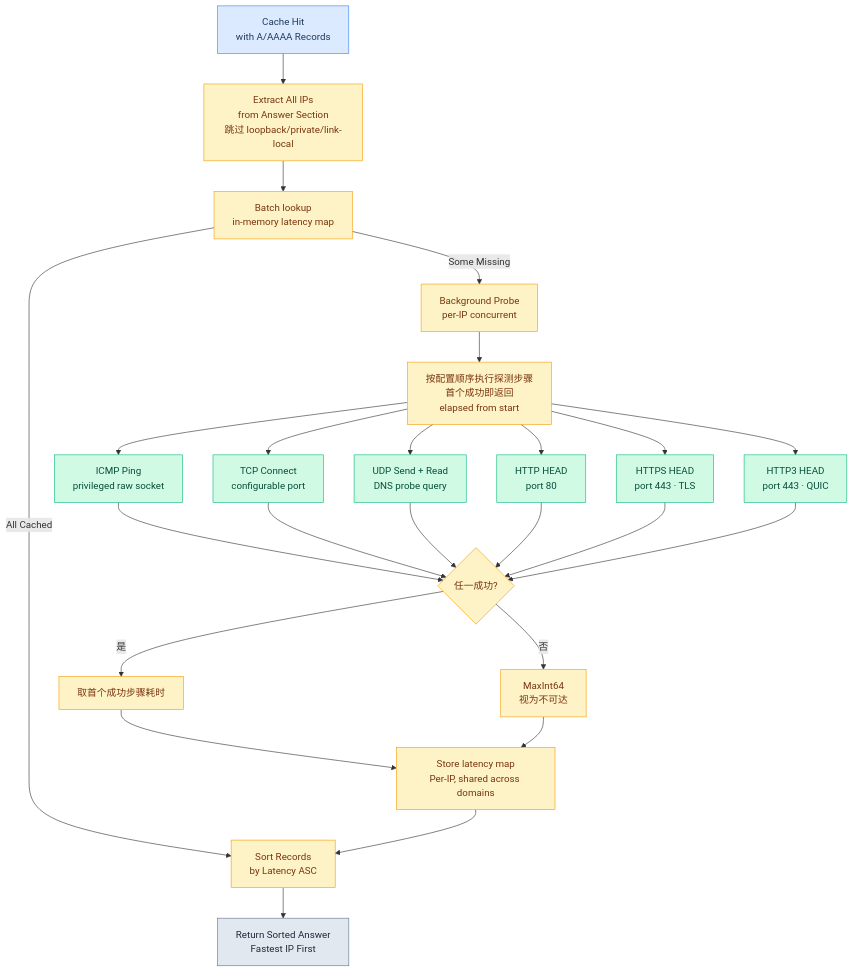
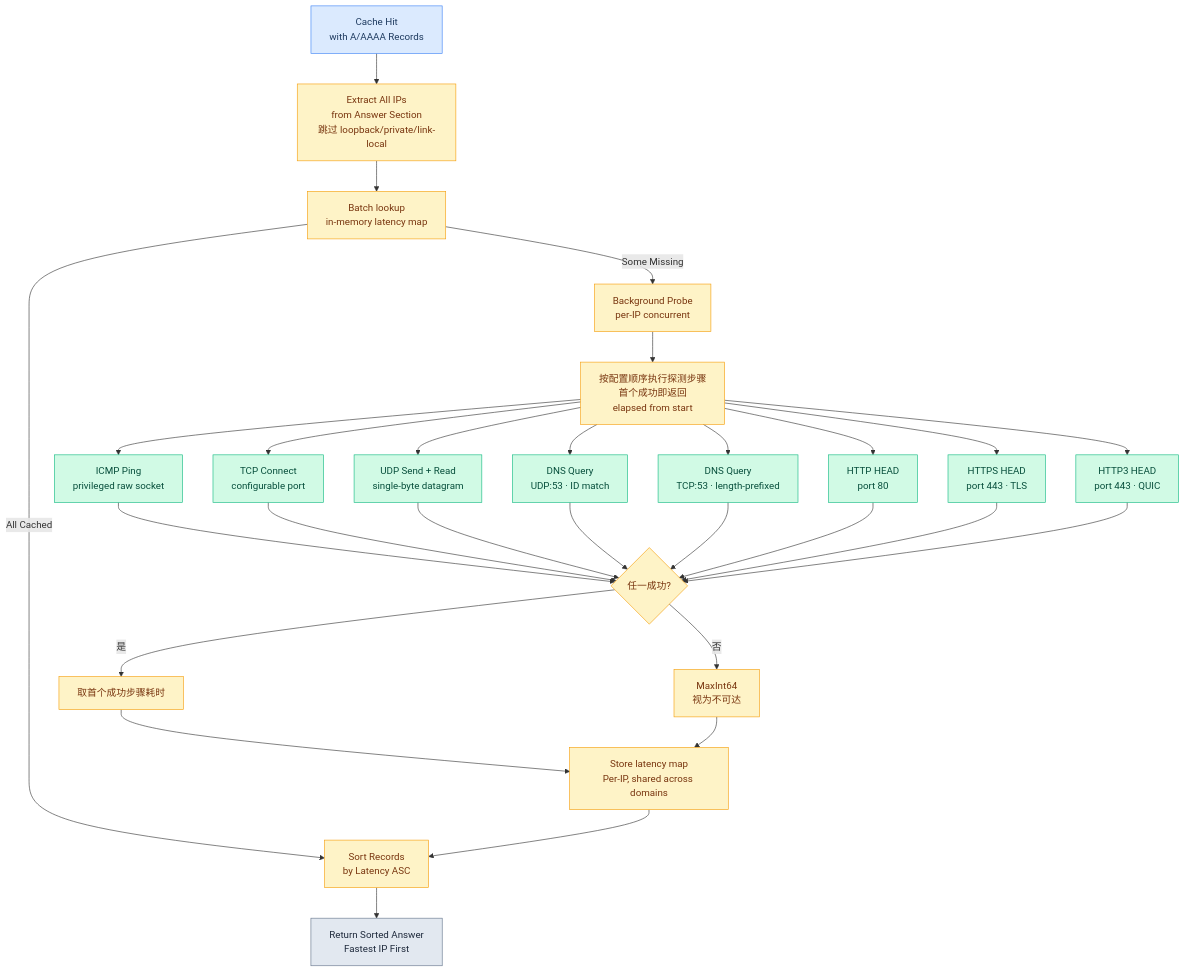
Diagram 25 of 31 in docs/FLOWCHARTS.md (hezhijie0327/ZJDNS), drawn with Mermaid before and after one commit. The commit also changed other lines of this file and 9 other files, not shown here.

First line of the commit message:
feat: real DNS query probes for NS/root latency measurement (dns, dns-tcp)

````diff
--- a/docs/FLOWCHARTS.md
+++ b/docs/FLOWCHARTS.md
@@ -706,37 +706,41 @@
 ```mermaid
 graph TD
     QUERY[Cache Hit<br/>with A/AAAA Records] --> EXTRACT[Extract All IPs<br/>from Answer Section<br/>跳过 loopback/private/link-local]
     EXTRACT --> BATCH[Batch lookup<br/>in-memory latency map]
     BATCH -->|All Cached| SORT[Sort Records<br/>by Latency ASC]
     BATCH -->|Some Missing| PROBE[Background Probe<br/>per-IP concurrent]
 
     PROBE --> STEPS[按配置顺序执行探测步骤<br/>首个成功即返回<br/>elapsed from start]
     STEPS --> ICMP[ICMP Ping<br/>privileged raw socket]
     STEPS --> TCP[TCP Connect<br/>configurable port]
-    STEPS --> UDP[UDP Send + Read<br/>DNS probe query]
+    STEPS --> UDP[UDP Send + Read<br/>single-byte datagram]
+    STEPS --> DNS[DNS Query<br/>UDP:53 · ID match]
+    STEPS --> DNSTCP[DNS Query<br/>TCP:53 · length-prefixed]
     STEPS --> HTTP[HTTP HEAD<br/>port 80]
     STEPS --> HTTPS[HTTPS HEAD<br/>port 443 · TLS]
     STEPS --> HTTP3[HTTP3 HEAD<br/>port 443 · QUIC]
 
     ICMP --> SUCC{任一成功?}
     TCP --> SUCC
     UDP --> SUCC
+    DNS --> SUCC
+    DNSTCP --> SUCC
     HTTP --> SUCC
     HTTPS --> SUCC
     HTTP3 --> SUCC
     SUCC -->|是| LAT[取首个成功步骤耗时]
     SUCC -->|否| MAX[MaxInt64<br/>视为不可达]
     LAT --> STORE[Store latency map<br/>Per-IP, shared across domains]
     MAX --> STORE
     STORE --> SORT
 
     SORT --> RETURN[Return Sorted Answer<br/>Fastest IP First]
     classDef start fill:#dbeafe,stroke:#3b82f6,color:#1e3a5f
     classDef proc fill:#fef3c7,stroke:#f59e0b,color:#78350f
     classDef proto fill:#d1fae5,stroke:#10b981,color:#064e3b
     classDef out fill:#e2e8f0,stroke:#64748b,color:#1e293b
     class QUERY start
     class EXTRACT,BATCH,PROBE,STEPS,SUCC,LAT,MAX,STORE,SORT proc
-    class ICMP,TCP,UDP,HTTP,HTTPS,HTTP3 proto
+    class ICMP,TCP,UDP,DNS,DNSTCP,HTTP,HTTPS,HTTP3 proto
     class RETURN out
 ```
````
